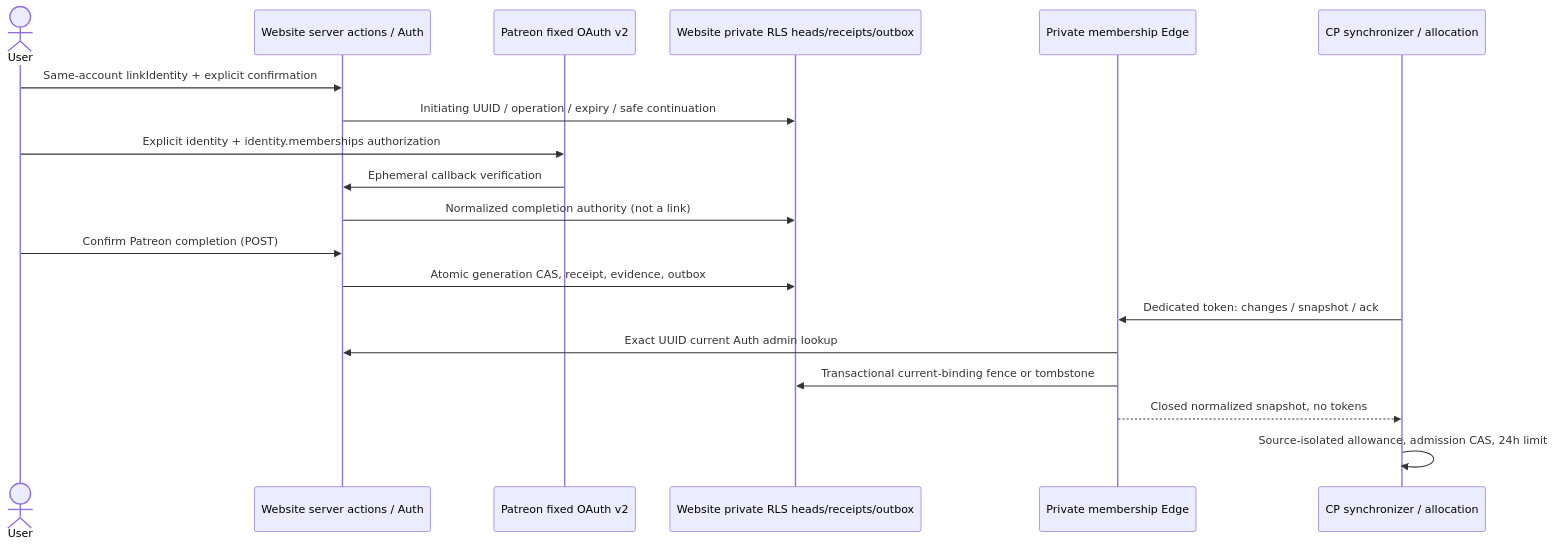
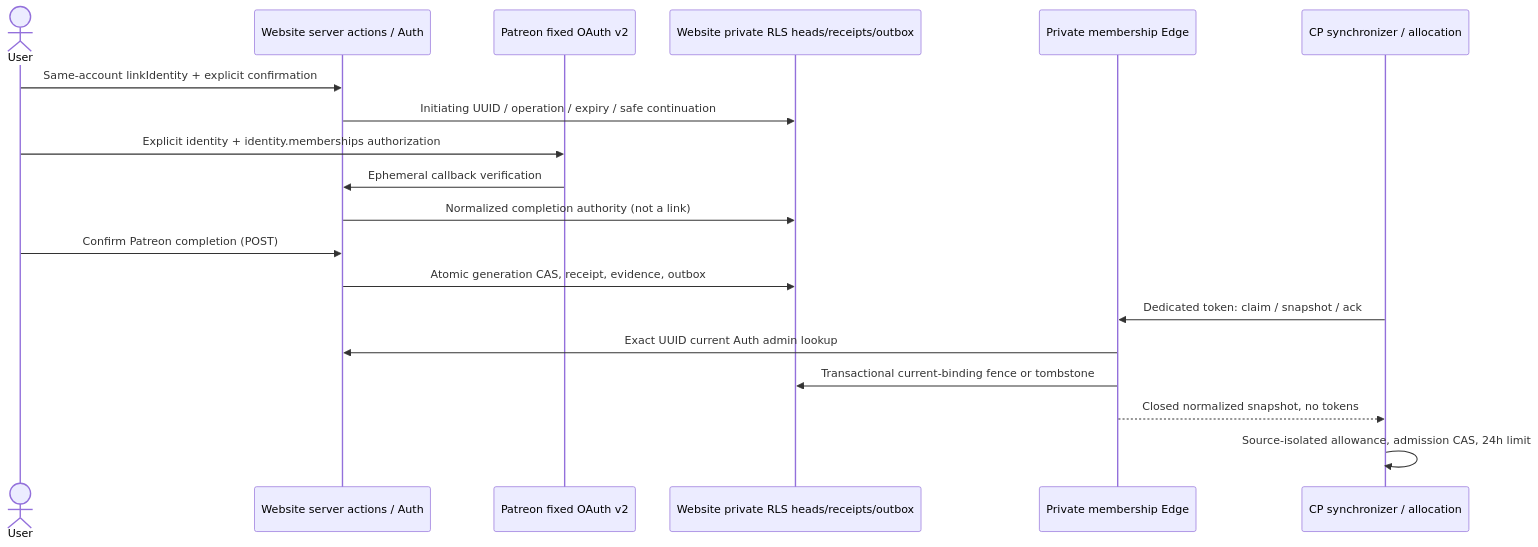
Before and after one commit to Bannerlord-Coop-Team/BannerlordCoop-website: the diagram in docs/membership-onboarding.md, drawn with Mermaid. The commit also changed other lines of this file and 19 other files, not shown here.

````diff
--- a/docs/membership-onboarding.md
+++ b/docs/membership-onboarding.md
@@ -140,21 +140,21 @@
 ```mermaid
 sequenceDiagram
   actor User
   participant Web as Website server actions / Auth
   participant OAuth as Patreon fixed OAuth v2
   participant SQL as Website private RLS heads/receipts/outbox
   participant Edge as Private membership Edge
   participant CP as CP synchronizer / allocation
   User->>Web: Same-account linkIdentity + explicit confirmation
   Web->>SQL: Initiating UUID / operation / expiry / safe continuation
   User->>OAuth: Explicit identity + identity.memberships authorization
   OAuth->>Web: Ephemeral callback verification
   Web->>SQL: Normalized completion authority (not a link)
   User->>Web: Confirm Patreon completion (POST)
   Web->>SQL: Atomic generation CAS, receipt, evidence, outbox
-  CP->>Edge: Dedicated token: changes / snapshot / ack
+  CP->>Edge: Dedicated token: claim / snapshot / ack
   Edge->>Web: Exact UUID current Auth admin lookup
   Edge->>SQL: Transactional current-binding fence or tombstone
   Edge-->>CP: Closed normalized snapshot, no tokens
   CP->>CP: Source-isolated allowance, admission CAS, 24h limit
 ```
````
